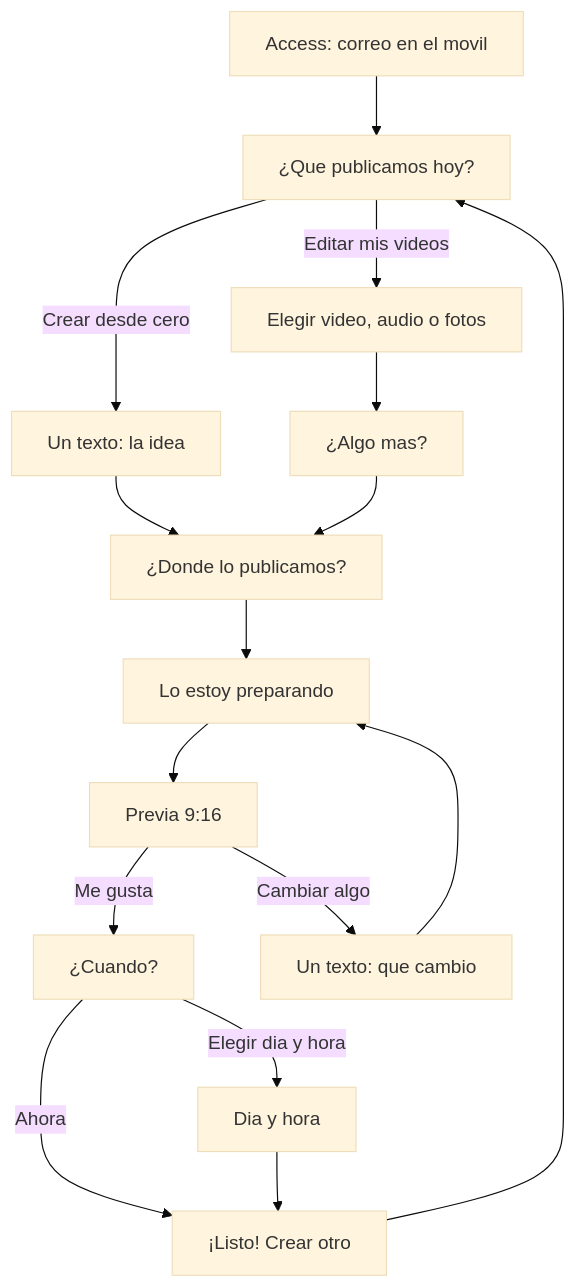
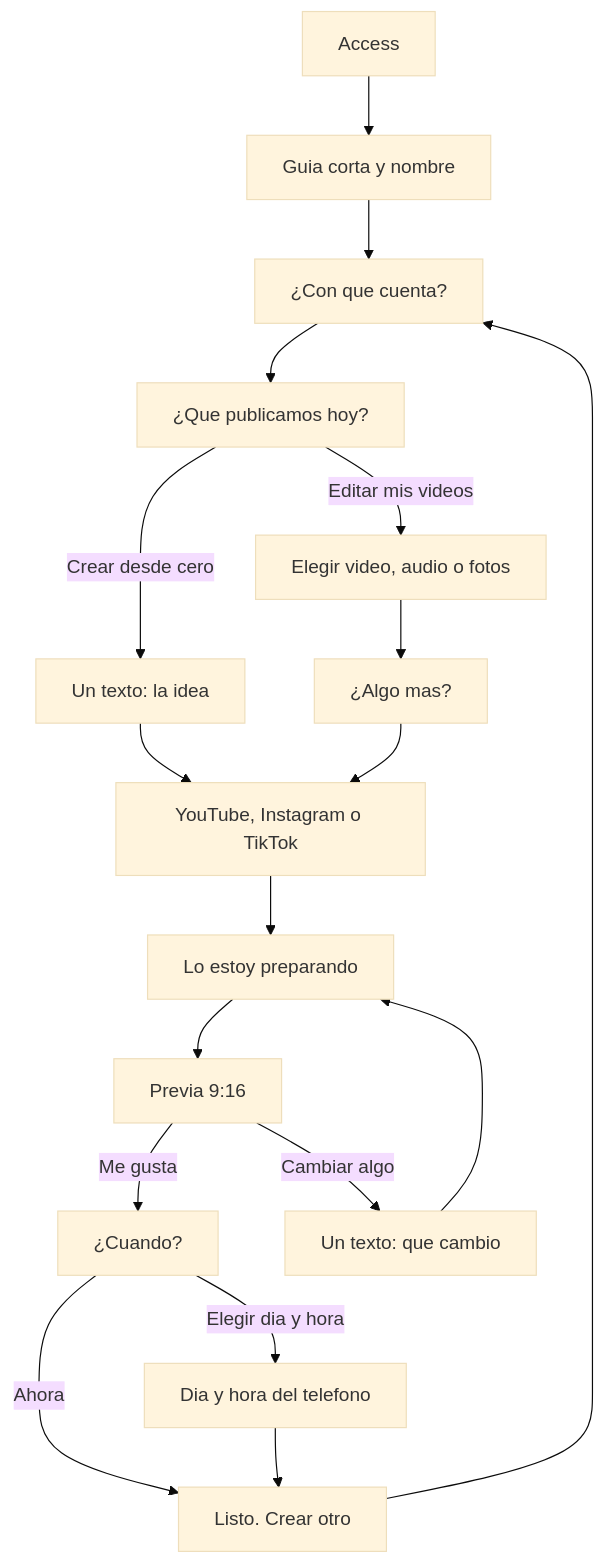
Before and after one commit to daniel-saezv/Influ-orchestrator: the first of 2 diagrams in docs/plan-ui-encargos.md, drawn with Mermaid (base theme). The commit also changed other lines of this file, not shown here.

First line of the commit message:
Cerrar las decisiones del plan de la UI.

````diff
--- a/docs/plan-ui-encargos.md
+++ b/docs/plan-ui-encargos.md
@@ -51,30 +93,34 @@
 ```mermaid
 flowchart TD
-  acceso[Access: correo en el movil]
+  acceso[Access]
+  guia[Guia corta y nombre]
+  cuenta["¿Con que cuenta?"]
   hoy["¿Que publicamos hoy?"]
   cero[Un texto: la idea]
   origen["Elegir video, audio o fotos"]
   nota["¿Algo mas?"]
-  donde["¿Donde lo publicamos?"]
+  donde["YouTube, Instagram o TikTok"]
   espera[Lo estoy preparando]
   previa["Previa 9:16"]
   cambio[Un texto: que cambio]
   cuando["¿Cuando?"]
-  fecha[Dia y hora]
-  listo["¡Listo! Crear otro"]
-  acceso --> hoy
+  fecha[Dia y hora del telefono]
+  listo["Listo. Crear otro"]
+  acceso --> guia
+  guia --> cuenta
+  cuenta --> hoy
   hoy -->|Crear desde cero| cero
   hoy -->|Editar mis videos| origen
   cero --> donde
   origen --> nota
   nota --> donde
   donde --> espera
   espera --> previa
   previa -->|Me gusta| cuando
   previa -->|Cambiar algo| cambio
   cambio --> espera
   cuando -->|Ahora| listo
   cuando -->|Elegir dia y hora| fecha
   fecha --> listo
-  listo --> hoy
+  listo --> cuenta
 ```
````
